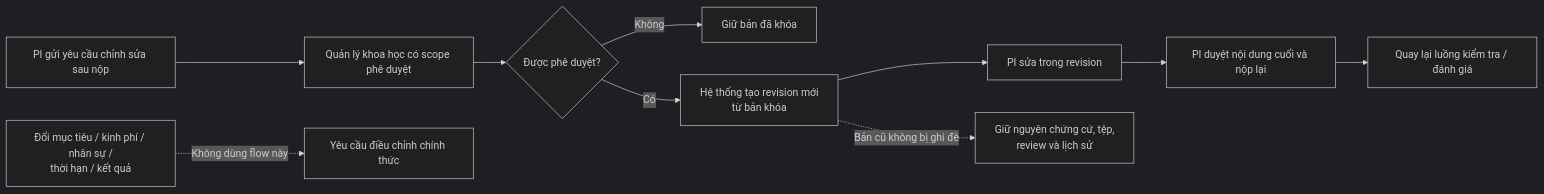
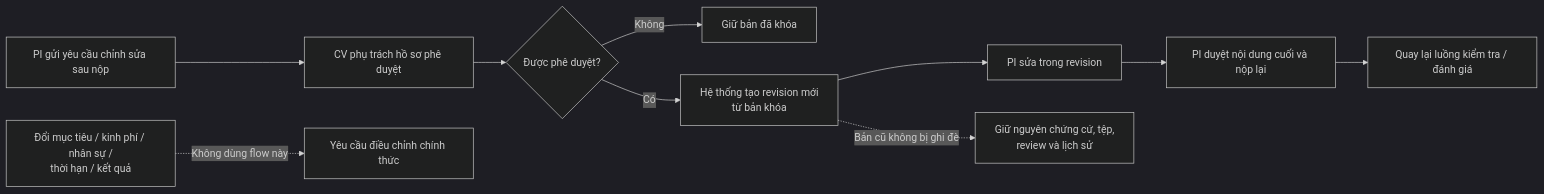
One commit to thanhdotien278/DocManS changed the fifth of 10 diagrams in docs/user-flows.md. Above: the diagram before and after it, drawn with Mermaid (dark theme). The commit also changed other lines of this file and 7 other files, not shown here.

````diff
--- a/docs/user-flows.md
+++ b/docs/user-flows.md
@@ -217,12 +217,12 @@
 ```mermaid
 flowchart LR
-  pi_req["PI gửi yêu cầu chỉnh sửa sau nộp"] --> staff_approval["Quản lý khoa học có scope phê duyệt"]
+  pi_req["PI gửi yêu cầu chỉnh sửa sau nộp"] --> staff_approval["CV phụ trách hồ sơ phê duyệt"]
   staff_approval --> approved_edit{"Được phê duyệt?"}
   approved_edit -- "Không" --> keep["Giữ bản đã khóa"]
   approved_edit -- "Có" --> revision["Hệ thống tạo revision mới<br/>từ bản khóa"]
   revision --> pi_edit["PI sửa trong revision"]
   pi_edit --> pi_submit["PI duyệt nội dung cuối và nộp lại"]
   pi_submit --> review_again["Quay lại luồng kiểm tra / đánh giá"]
   revision -. "Bản cũ không bị ghi đè" .-> immutable["Giữ nguyên chứng cứ, tệp,<br/>review và lịch sử"]
   substantive["Đổi mục tiêu / kinh phí / nhân sự /<br/>thời hạn / kết quả"] -. "Không dùng flow này" .-> formal["Yêu cầu điều chỉnh chính thức"]
 ```
````
